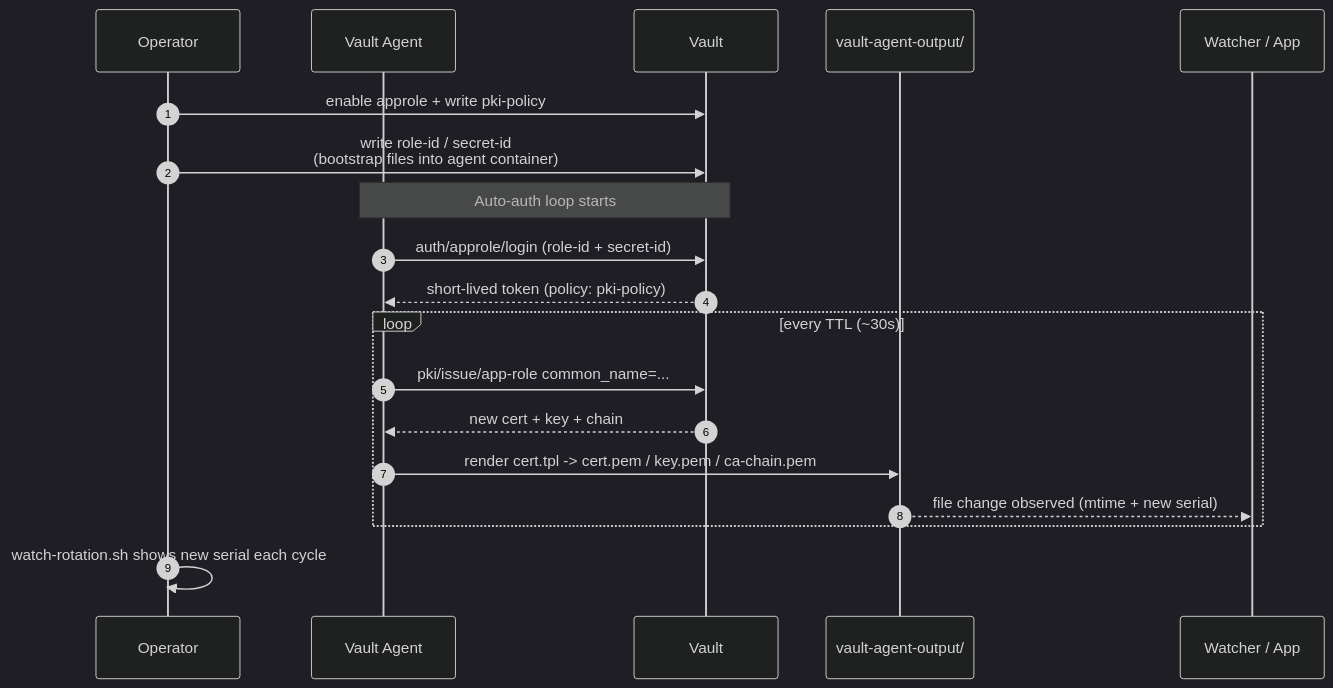
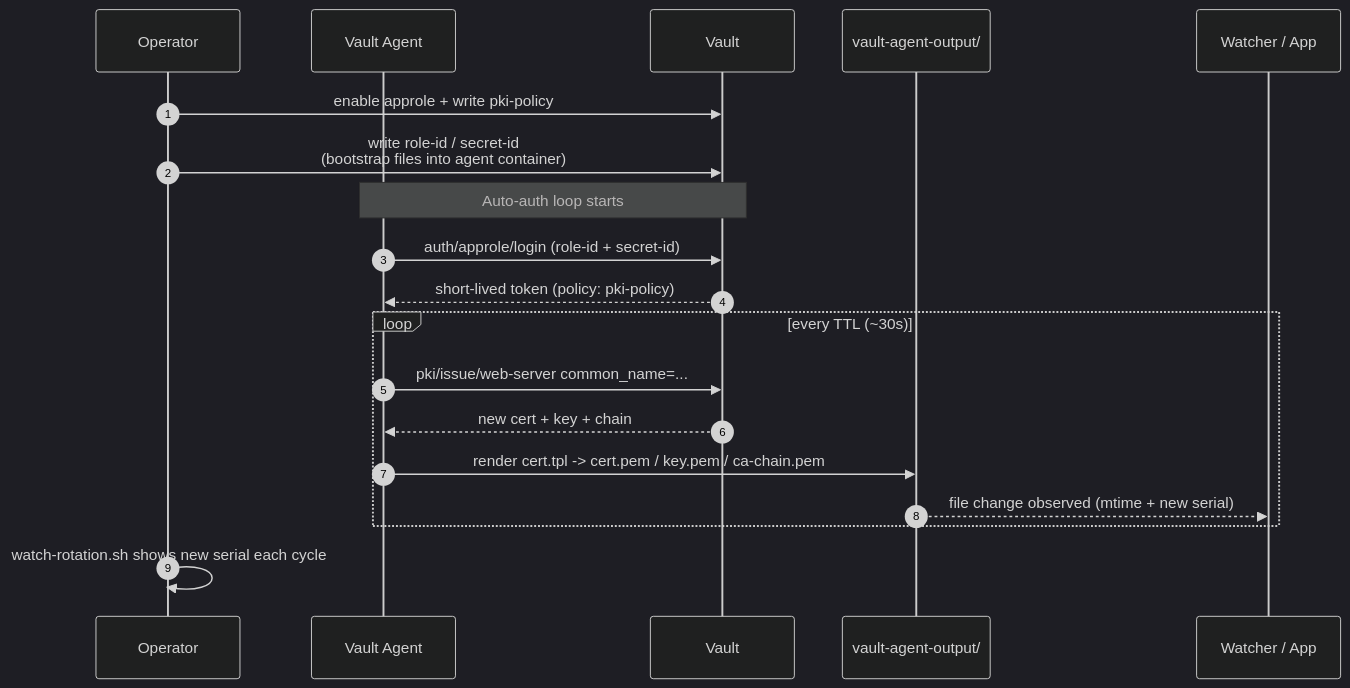
Before and after one commit to songlining/pki: the second of 6 diagrams in docs/demos.md, drawn with Mermaid (dark theme). The commit also changed other lines of this file and 20 other files, not shown here.

First line of the commit message:
Add deck-api presenterm deck; rename PKI role app-role to web-server

````diff
--- a/docs/demos.md
+++ b/docs/demos.md
@@ -71,22 +71,22 @@
 ```mermaid
 sequenceDiagram
     autonumber
     participant Op as Operator
     participant Agent as Vault Agent
     participant Vault
     participant Disk as vault-agent-output/
     participant App as Watcher / App
 
     Op->>Vault: enable approle + write pki-policy
     Op->>Vault: write role-id / secret-id<br/>(bootstrap files into agent container)
     Note over Agent,Vault: Auto-auth loop starts
     Agent->>Vault: auth/approle/login (role-id + secret-id)
     Vault-->>Agent: short-lived token (policy: pki-policy)
     loop every TTL (~30s)
-        Agent->>Vault: pki/issue/app-role common_name=...
+        Agent->>Vault: pki/issue/web-server common_name=...
         Vault-->>Agent: new cert + key + chain
         Agent->>Disk: render cert.tpl -> cert.pem / key.pem / ca-chain.pem
         Disk-->>App: file change observed (mtime + new serial)
     end
     Op->>Op: watch-rotation.sh shows new serial each cycle
 ```
````
